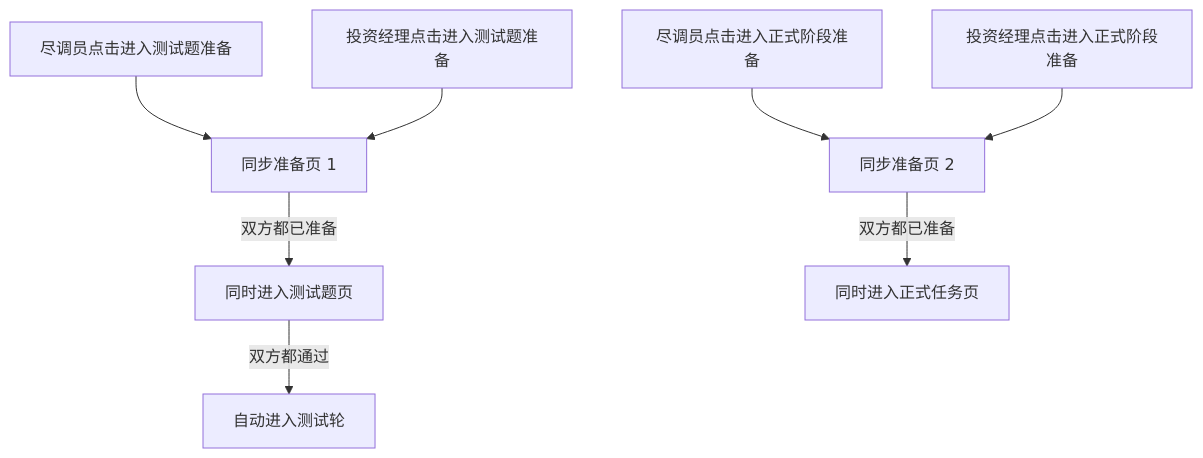
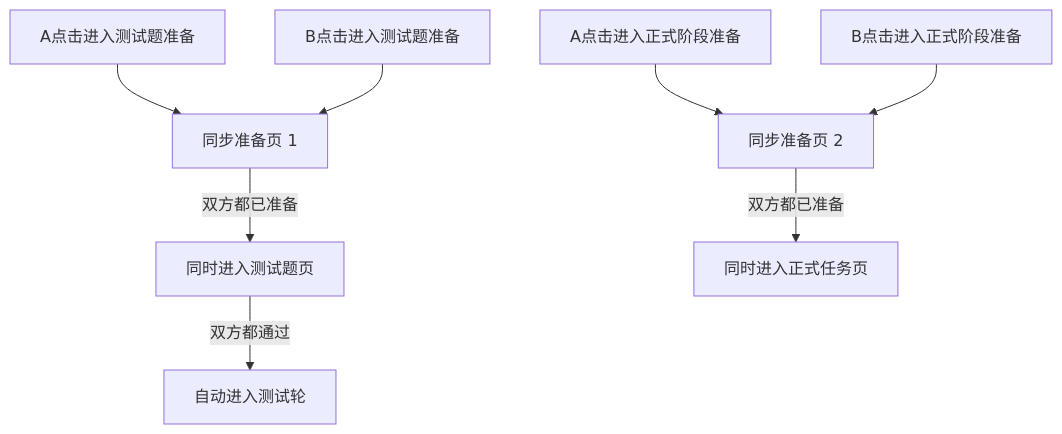
The second of 4 diagrams in 02_specs/00_overview/APP_FLOW.md (yezhouyedu/multicooperation), drawn with Mermaid before and after one commit. The commit also changed other lines of this file and 25 other files, not shown here.

````diff
--- a/02_specs/00_overview/APP_FLOW.md
+++ b/02_specs/00_overview/APP_FLOW.md
@@ -132,10 +140,10 @@
 ```mermaid
 flowchart TD
-    A1["尽调员点击进入测试题准备"] --> Wait1["同步准备页 1"]
-    B1["投资经理点击进入测试题准备"] --> Wait1
+    A1["A点击进入测试题准备"] --> Wait1["同步准备页 1"]
+    B1["B点击进入测试题准备"] --> Wait1
     Wait1 -->|"双方都已准备"| Quiz["同时进入测试题页"]
     Quiz -->|"双方都通过"| Practice["自动进入测试轮"]
-    A2["尽调员点击进入正式阶段准备"] --> Wait2["同步准备页 2"]
-    B2["投资经理点击进入正式阶段准备"] --> Wait2
+    A2["A点击进入正式阶段准备"] --> Wait2["同步准备页 2"]
+    B2["B点击进入正式阶段准备"] --> Wait2
     Wait2 -->|"双方都已准备"| Formal["同时进入正式任务页"]
 ```
````
